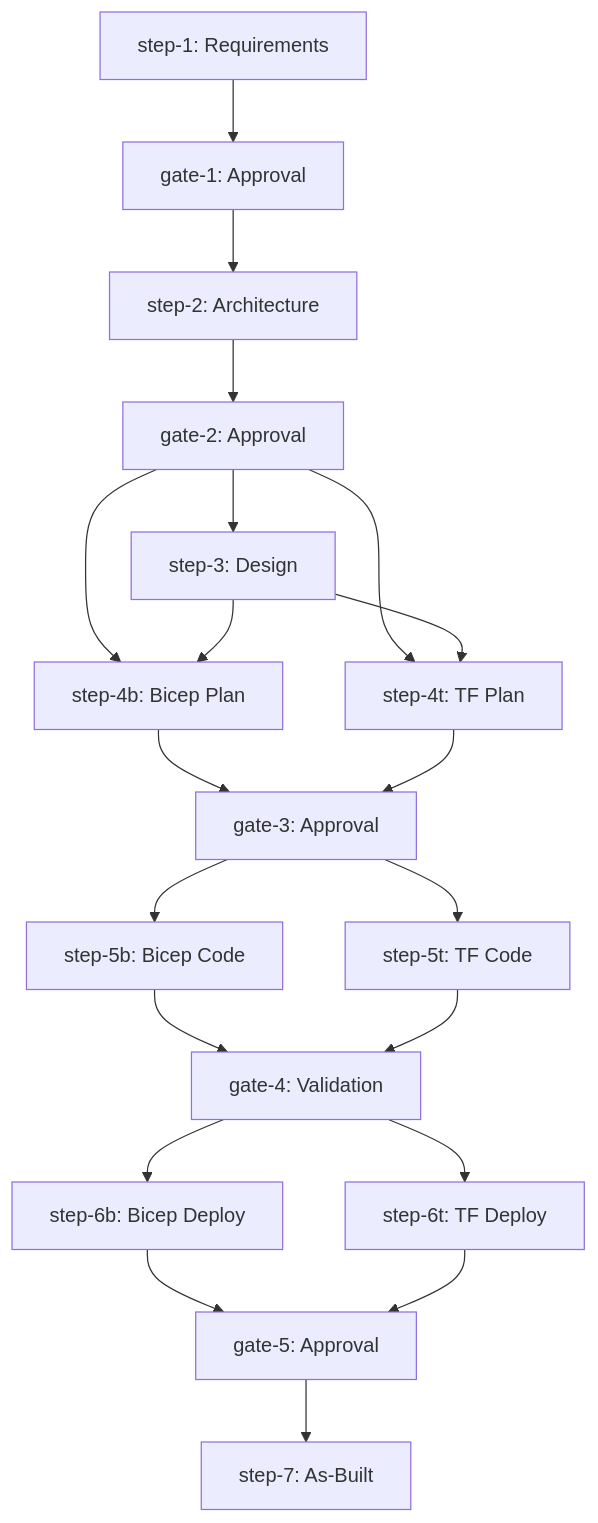
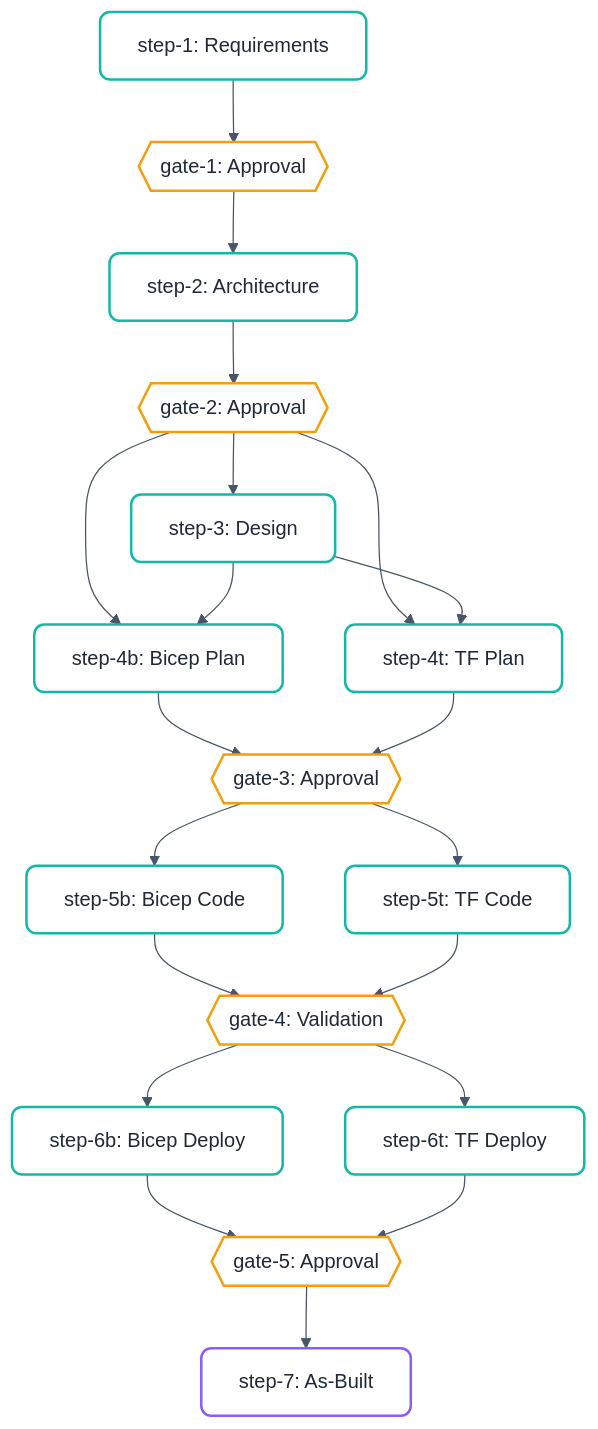
Before and after one commit to jonathan-vella/apex: the third of 3 diagrams in docs/how-it-works.md, drawn with Mermaid. The commit also changed other lines of this file, not shown here.

Commit message:
docs: enhance mermaid charts with modern styling themes and classDefs

````diff
--- a/docs/how-it-works.md
+++ b/docs/how-it-works.md
@@ -617,29 +659,50 @@
 ```mermaid
+%%{
+  init: {
+    'theme': 'base',
+    'themeVariables': {
+      'primaryColor': '#ffffff',
+      'primaryTextColor': '#333333',
+      'primaryBorderColor': '#14b8a6',
+      'lineColor': '#475569',
+      'fontFamily': 'ui-sans-serif, system-ui, -apple-system, sans-serif'
+    },
+    'flowchart': {
+      'curve': 'basis',
+      'nodeSpacing': 50,
+      'rankSpacing': 50
+    }
+  }
+}%%
 flowchart TD
-    S1[step-1: Requirements]
-    G1[gate-1: Approval]
-    S2[step-2: Architecture]
-    G2[gate-2: Approval]
-    S3[step-3: Design]
-    S4B[step-4b: Bicep Plan]
-    S4T[step-4t: TF Plan]
-    G3[gate-3: Approval]
-    S5B[step-5b: Bicep Code]
-    S5T[step-5t: TF Code]
-    G4[gate-4: Validation]
-    S6B[step-6b: Bicep Deploy]
-    S6T[step-6t: TF Deploy]
-    G5[gate-5: Approval]
-    S7[step-7: As-Built]
+    classDef default fill:#ffffff,stroke:#14b8a6,stroke-width:2px,color:#1f2937,rx:8px,ry:8px;
+    classDef gate fill:#ffffff,stroke:#f59e0b,stroke-width:2px,color:#1f2937,rx:8px,ry:8px;
+    classDef endNode fill:#ffffff,stroke:#8b5cf6,stroke-width:2px,color:#1f2937,rx:8px,ry:8px;
+
+    S1["step-1: Requirements"]
+    G1{{"gate-1: Approval"}}:::gate
+    S2["step-2: Architecture"]
+    G2{{"gate-2: Approval"}}:::gate
+    S3["step-3: Design"]
+    S4B["step-4b: Bicep Plan"]
+    S4T["step-4t: TF Plan"]
+    G3{{"gate-3: Approval"}}:::gate
+    S5B["step-5b: Bicep Code"]
+    S5T["step-5t: TF Code"]
+    G4{{"gate-4: Validation"}}:::gate
+    S6B["step-6b: Bicep Deploy"]
+    S6T["step-6t: TF Deploy"]
+    G5{{"gate-5: Approval"}}:::gate
+    S7["step-7: As-Built"]:::endNode
 
     S1 --> G1 --> S2 --> G2
     G2 --> S3
     G2 --> S4B & S4T
     S3 --> S4B & S4T
     S4B & S4T --> G3
     G3 --> S5B & S5T
     S5B & S5T --> G4
     G4 --> S6B & S6T
     S6B & S6T --> G5
     G5 --> S7
 ```
````
